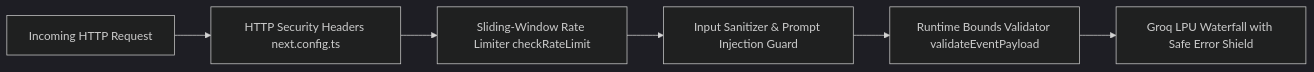
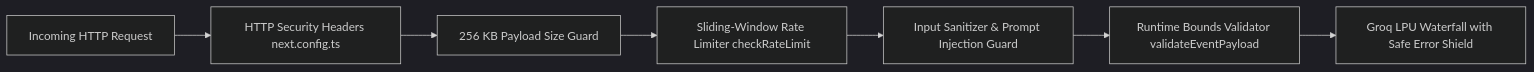
The first of 2 diagrams in README.md (CodeWithMehru/VibeOps), drawn with Mermaid (dark theme) before and after one commit. The commit also changed other lines of this file and 44 other files, not shown here.

Commit message:
refactor(architecture): enforce strict SRP <350 lines per module, add HSTS/CSP headers, and expand to 106 passing vitest tests

````diff
--- a/README.md
+++ b/README.md
@@ -51,8 +51,9 @@
 ```mermaid
 flowchart LR
     Request[Incoming HTTP Request] --> SecHeaders[HTTP Security Headers next.config.ts]
-    SecHeaders --> RateLimiter[Sliding-Window Rate Limiter checkRateLimit]
+    SecHeaders --> PayloadGuard[256 KB Payload Size Guard]
+    PayloadGuard --> RateLimiter[Sliding-Window Rate Limiter checkRateLimit]
     RateLimiter --> Sanitizer[Input Sanitizer & Prompt Injection Guard]
     Sanitizer --> PayloadValidator[Runtime Bounds Validator validateEventPayload]
     PayloadValidator --> GroqWaterfall[Groq LPU Waterfall with Safe Error Shield]
 ```
````
